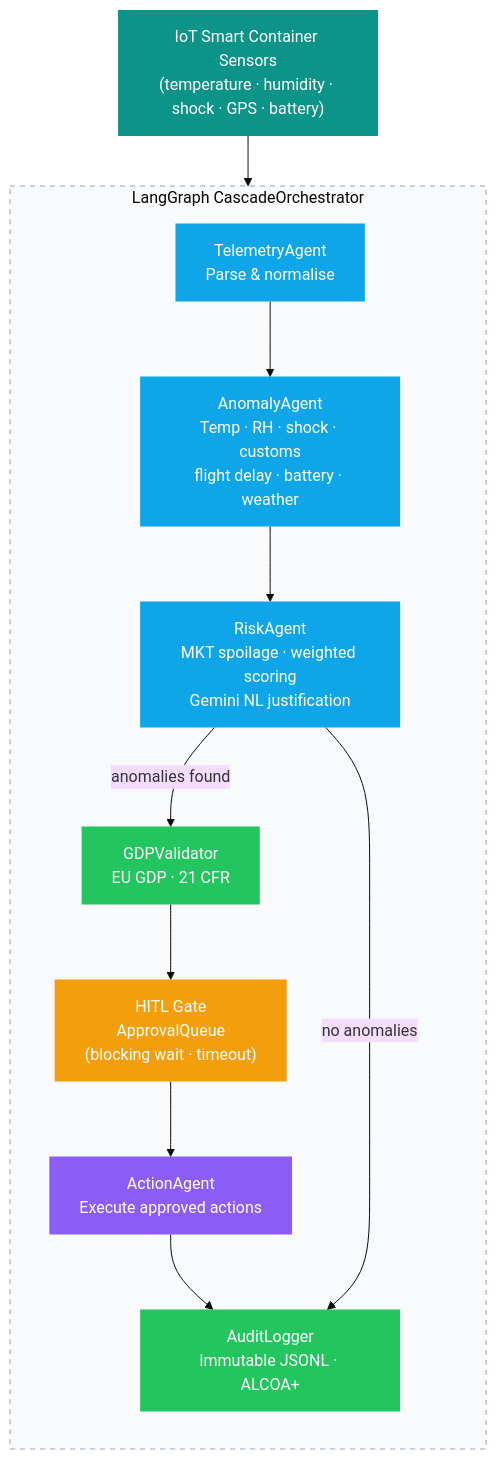
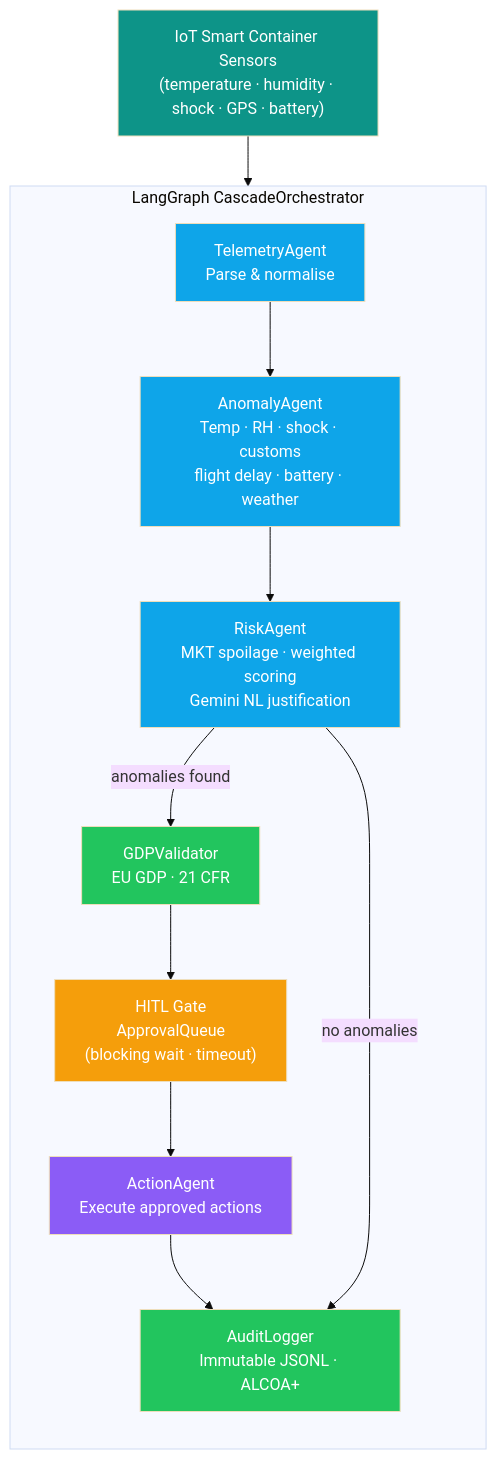
The first of 3 diagrams in README.md (rishikathakre/pharma-cargo), drawn with Mermaid (base theme) before and after one commit. The commit also changed other lines of this file, not shown here.

````diff
--- a/README.md
+++ b/README.md
@@ -14,31 +14,30 @@
 ```mermaid
 flowchart TD
     IOT["IoT Smart Container Sensors\n(temperature · humidity · shock · GPS · battery)"]
 
     subgraph PIPELINE["LangGraph CascadeOrchestrator"]
         direction TB
         TEL["TelemetryAgent\nParse & normalise"]
         ANO["AnomalyAgent\nTemp · RH · shock · customs\nflight delay · battery · weather"]
         RISK["RiskAgent\nMKT spoilage · weighted scoring\nGemini NL justification"]
         GDP["GDPValidator\nEU GDP · 21 CFR"]
         HITL["HITL Gate\nApprovalQueue\n(blocking wait · timeout)"]
         ACT["ActionAgent\nExecute approved actions"]
         AUDIT["AuditLogger\nImmutable JSONL · ALCOA+"]
 
         TEL --> ANO --> RISK
         RISK -- "anomalies found" --> GDP --> HITL --> ACT --> AUDIT
         RISK -- "no anomalies" --> AUDIT
     end
 
     IOT --> TEL
 
-    style IOT fill:#0d9488,color:#fff,stroke:none
-    style PIPELINE fill:#f8fafc,stroke:#94a3b8,stroke-dasharray:5 5
-    style TEL fill:#0ea5e9,color:#fff,stroke:none
-    style ANO fill:#0ea5e9,color:#fff,stroke:none
-    style RISK fill:#0ea5e9,color:#fff,stroke:none
-    style GDP fill:#22c55e,color:#fff,stroke:none
-    style HITL fill:#f59e0b,color:#fff,stroke:none
-    style ACT fill:#8b5cf6,color:#fff,stroke:none
-    style AUDIT fill:#22c55e,color:#fff,stroke:none
+    style IOT fill:#0d9488,color:#fff
+    style TEL fill:#0ea5e9,color:#fff
+    style ANO fill:#0ea5e9,color:#fff
+    style RISK fill:#0ea5e9,color:#fff
+    style GDP fill:#22c55e,color:#fff
+    style HITL fill:#f59e0b,color:#fff
+    style ACT fill:#8b5cf6,color:#fff
+    style AUDIT fill:#22c55e,color:#fff
 ```
````
